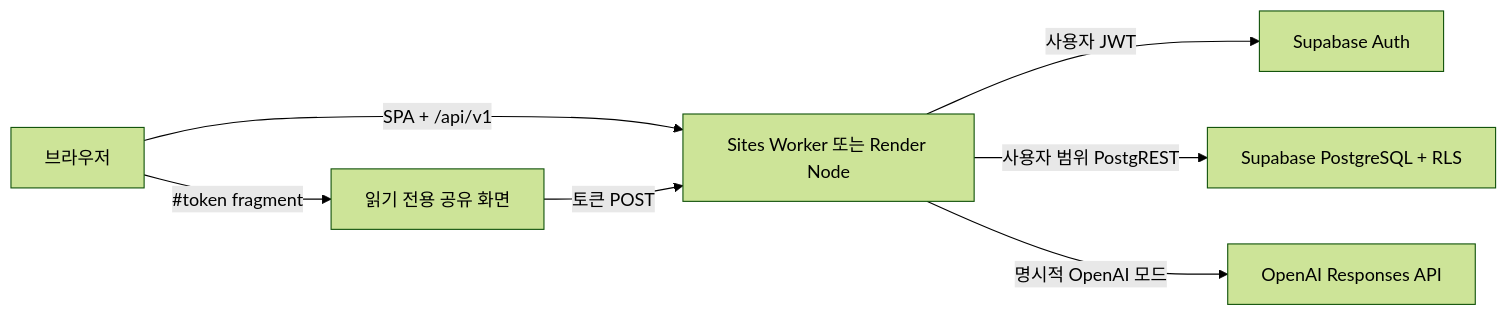
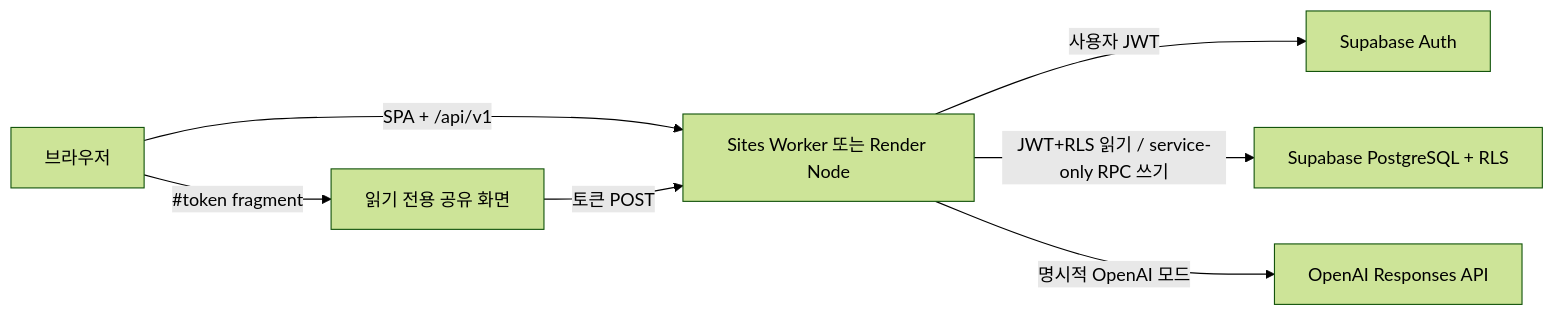
The diagram in docs/trd.md (Mureung1/hub-showcase), drawn with Mermaid (forest theme) before and after one commit. The commit also changed other lines of this file and 11 other files, not shown here.

Commit message:
fix: enforce service-only mutation boundary

````diff
--- a/docs/trd.md
+++ b/docs/trd.md
@@ -11,9 +11,9 @@
 ```mermaid
 flowchart LR
     U["브라우저"] -->|"SPA + /api/v1"| C["Sites Worker 또는 Render Node"]
     C -->|"사용자 JWT"| A["Supabase Auth"]
-    C -->|"사용자 범위 PostgREST"| D["Supabase PostgreSQL + RLS"]
+    C -->|"JWT+RLS 읽기 / service-only RPC 쓰기"| D["Supabase PostgreSQL + RLS"]
     C -->|"명시적 OpenAI 모드"| O["OpenAI Responses API"]
     U -->|"#token fragment"| S["읽기 전용 공유 화면"]
     S -->|"토큰 POST"| C
 ```
````
